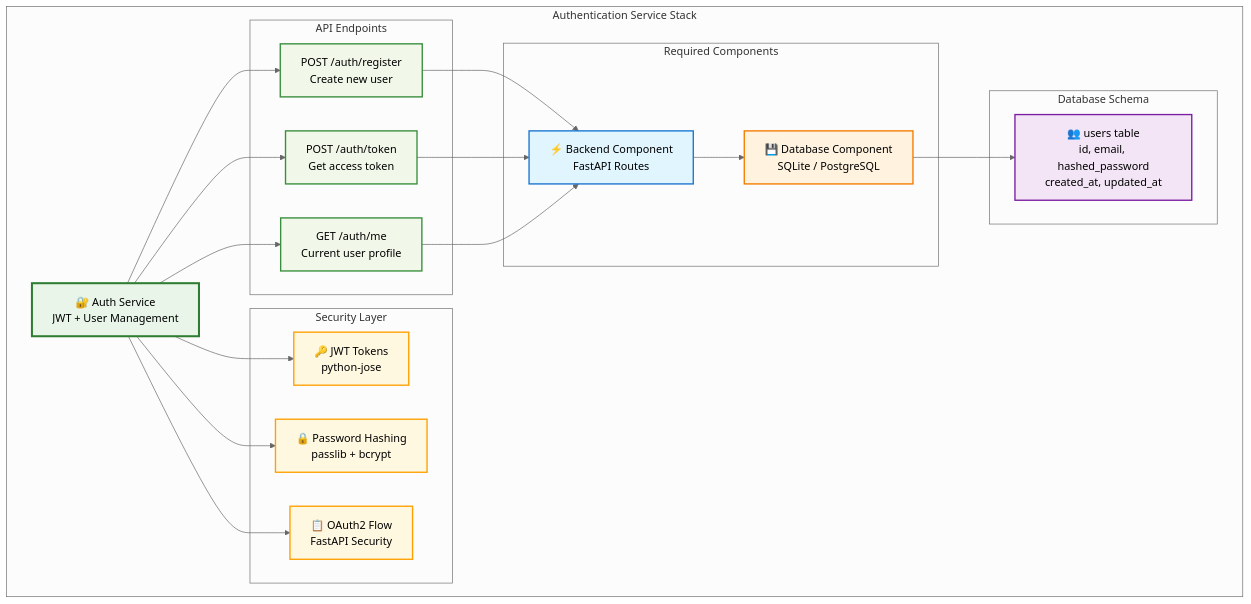
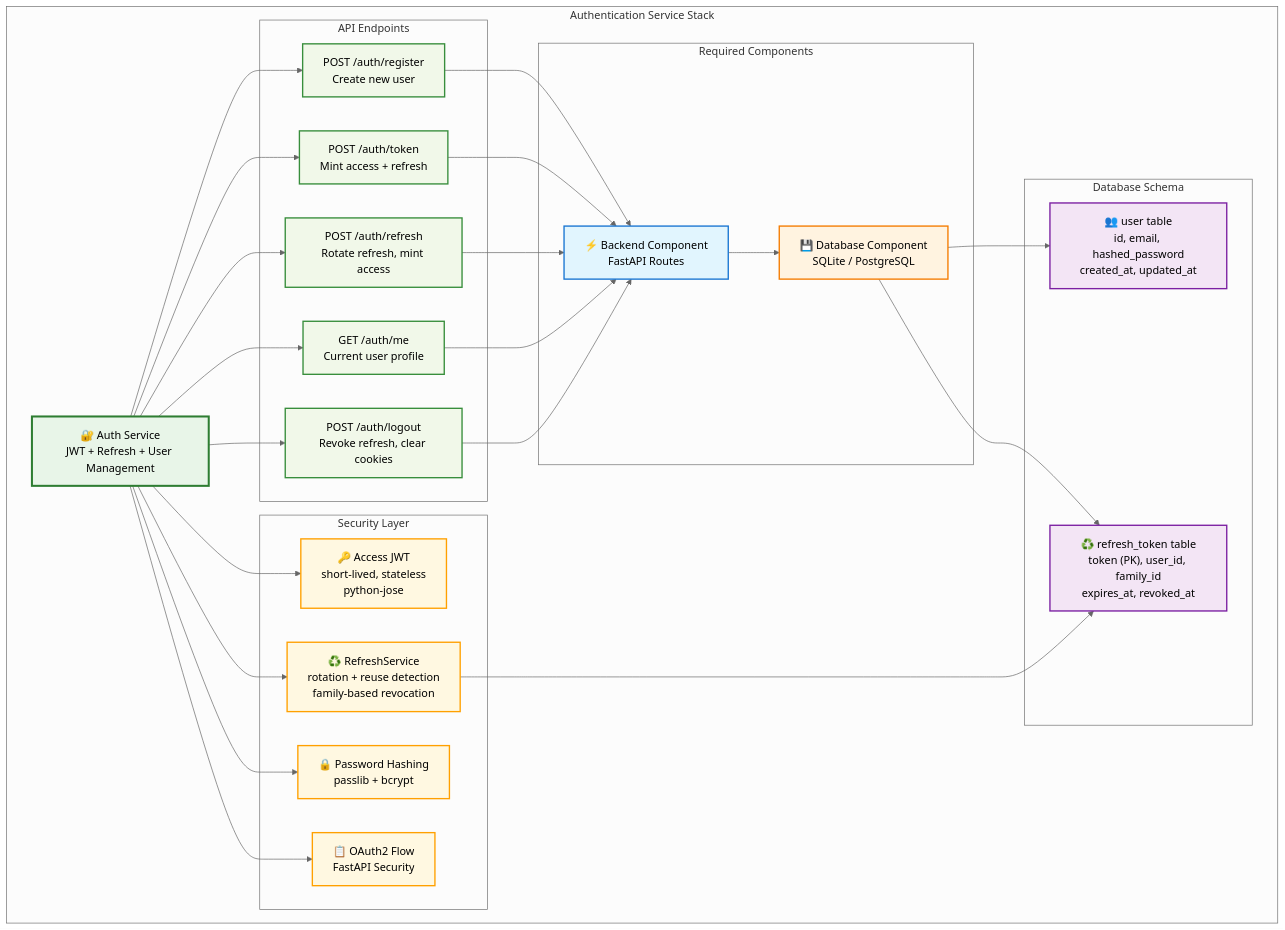
One commit to bhardwajRahul/aegis-stack changed the first of 3 diagrams in docs/services/auth/index.md. Above: the diagram before and after it, drawn with Mermaid (neutral theme). The commit also changed other lines of this file and 28 other files, not shown here.

````diff
--- a/docs/services/auth/index.md
+++ b/docs/services/auth/index.md
@@ -43,54 +47,69 @@
 ```mermaid
 graph TB
     subgraph "Authentication Service Stack"
-        AuthService[🔐 Auth Service<br/>JWT + User Management]
+        AuthService[🔐 Auth Service<br/>JWT + Refresh + User Management]
 
         subgraph "API Endpoints"
             Register["POST /auth/register<br/>Create new user"]
-            Login["POST /auth/token<br/>Get access token"]
+            Login["POST /auth/token<br/>Mint access + refresh"]
+            Refresh["POST /auth/refresh<br/>Rotate refresh, mint access"]
             Profile["GET /auth/me<br/>Current user profile"]
+            Logout["POST /auth/logout<br/>Revoke refresh, clear cookies"]
         end
 
         subgraph "Required Components"
             Backend[⚡ Backend Component<br/>FastAPI Routes]
             Database[💾 Database Component<br/>SQLite / PostgreSQL]
         end
 
         subgraph "Security Layer"
-            JWT[🔑 JWT Tokens<br/>python-jose]
+            JWT[🔑 Access JWT<br/>short-lived, stateless<br/>python-jose]
+            RefreshSvc[♻️ RefreshService<br/>rotation + reuse detection<br/>family-based revocation]
             Passwords[🔒 Password Hashing<br/>passlib + bcrypt]
             OAuth2[📋 OAuth2 Flow<br/>FastAPI Security]
         end
 
         subgraph "Database Schema"
-            Users["👥 users table<br/>id, email, hashed_password<br/>created_at, updated_at"]
+            Users["👥 user table<br/>id, email, hashed_password<br/>created_at, updated_at"]
+            RefreshTokens["♻️ refresh_token table<br/>token (PK), user_id, family_id<br/>expires_at, revoked_at"]
         end
     end
 
     AuthService --> Register
     AuthService --> Login
+    AuthService --> Refresh
     AuthService --> Profile
+    AuthService --> Logout
 
     Register --> Backend
     Login --> Backend
+    Refresh --> Backend
     Profile --> Backend
+    Logout --> Backend
 
     Backend --> Database
 
     AuthService --> JWT
+    AuthService --> RefreshSvc
     AuthService --> Passwords
     AuthService --> OAuth2
 
+    RefreshSvc --> RefreshTokens
     Database --> Users
+    Database --> RefreshTokens
 
     style AuthService fill:#e8f5e8,stroke:#2e7d32,stroke-width:3px
     style Register fill:#f1f8e9,stroke:#388e3c,stroke-width:2px
     style Login fill:#f1f8e9,stroke:#388e3c,stroke-width:2px
+    style Refresh fill:#f1f8e9,stroke:#388e3c,stroke-width:2px
     style Profile fill:#f1f8e9,stroke:#388e3c,stroke-width:2px
+    style Logout fill:#f1f8e9,stroke:#388e3c,stroke-width:2px
     style Backend fill:#e1f5fe,stroke:#1976d2,stroke-width:2px
     style Database fill:#fff3e0,stroke:#f57c00,stroke-width:2px
     style JWT fill:#fff8e1,stroke:#ffa000,stroke-width:2px
+    style RefreshSvc fill:#fff8e1,stroke:#ffa000,stroke-width:2px
     style Passwords fill:#fff8e1,stroke:#ffa000,stroke-width:2px
     style OAuth2 fill:#fff8e1,stroke:#ffa000,stroke-width:2px
     style Users fill:#f3e5f5,stroke:#7b1fa2,stroke-width:2px
+    style RefreshTokens fill:#f3e5f5,stroke:#7b1fa2,stroke-width:2px
 ```
````
